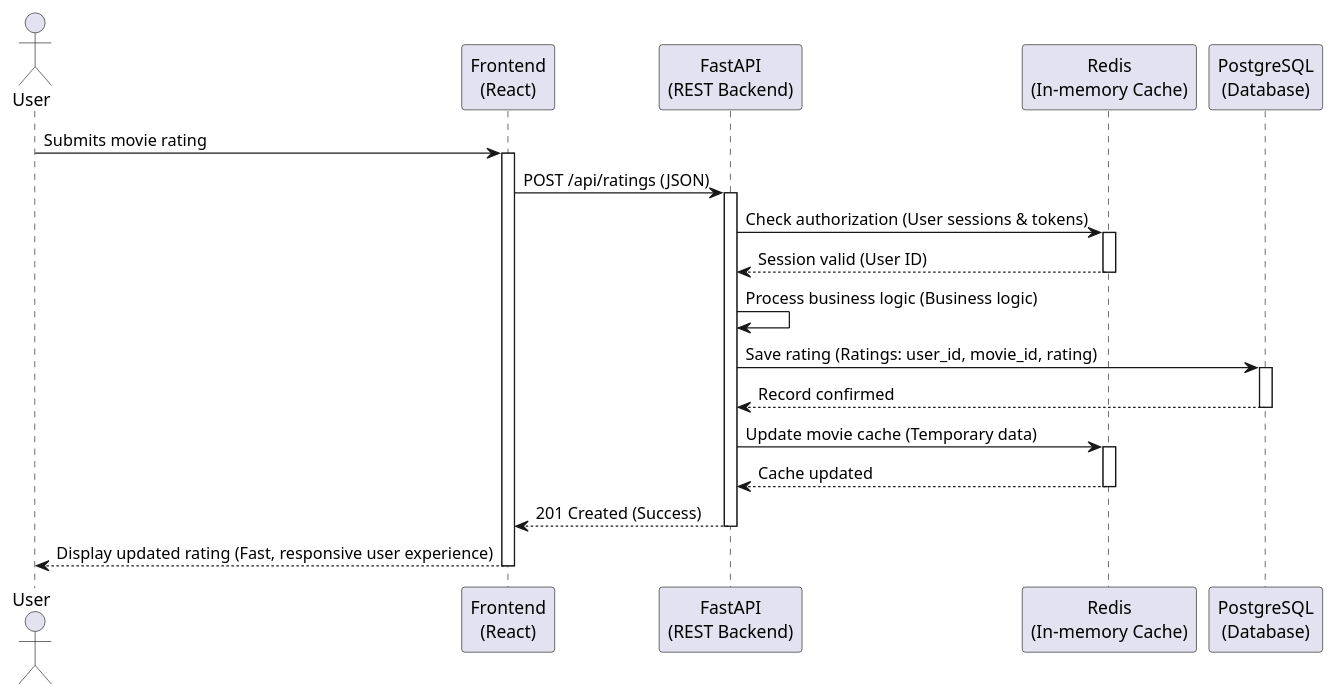
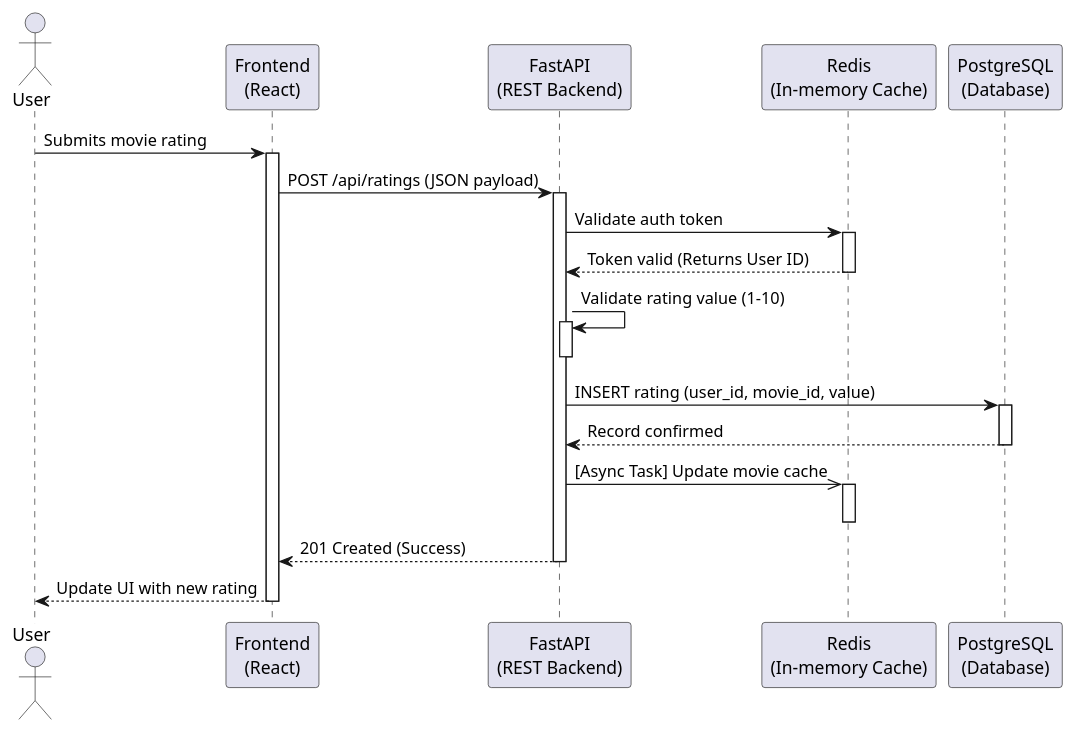
One commit to ukma-fin-ssdm-2026/ctrl-alt-defeat changed the diagram in docs/architecture/uml/sequence-diagram.puml. Above: the diagram before and after it, drawn with PlantUML.

Commit message:
Refine sequence diagram for movie rating submission

```diff
--- a/docs/architecture/uml/sequence-diagram.puml
+++ b/docs/architecture/uml/sequence-diagram.puml
@@ -1,36 +1,37 @@
 @startuml
 actor "User" as User
 participant "Frontend\n(React)" as UI
 participant "FastAPI\n(REST Backend)" as API
 participant "Redis\n(In-memory Cache)" as Cache
 participant "PostgreSQL\n(Database)" as DB
 
 User -> UI : Submits movie rating
 activate UI
 
-UI -> API : POST /api/ratings (JSON)
+UI -> API : POST /api/ratings (JSON payload)
 activate API
 
-API -> Cache : Check authorization (User sessions & tokens)
+API -> Cache : Validate auth token
 activate Cache
-Cache --> API : Session valid (User ID)
+Cache --> API : Token valid (Returns User ID)
 deactivate Cache
 
-API -> API : Process business logic (Business logic)
+API -> API : Validate rating value (1-10)
+activate API
+deactivate API
 
-API -> DB : Save rating (Ratings: user_id, movie_id, rating)
+API -> DB : INSERT rating (user_id, movie_id, value)
 activate DB
 DB --> API : Record confirmed
 deactivate DB
 
-API -> Cache : Update movie cache (Temporary data)
+API ->> Cache : [Async Task] Update movie cache
 activate Cache
-Cache --> API : Cache updated
 deactivate Cache
 
 API --> UI : 201 Created (Success)
 deactivate API
 
-UI --> User : Display updated rating (Fast, responsive user experience)
+UI --> User : Update UI with new rating
 deactivate UI
 @enduml
```
